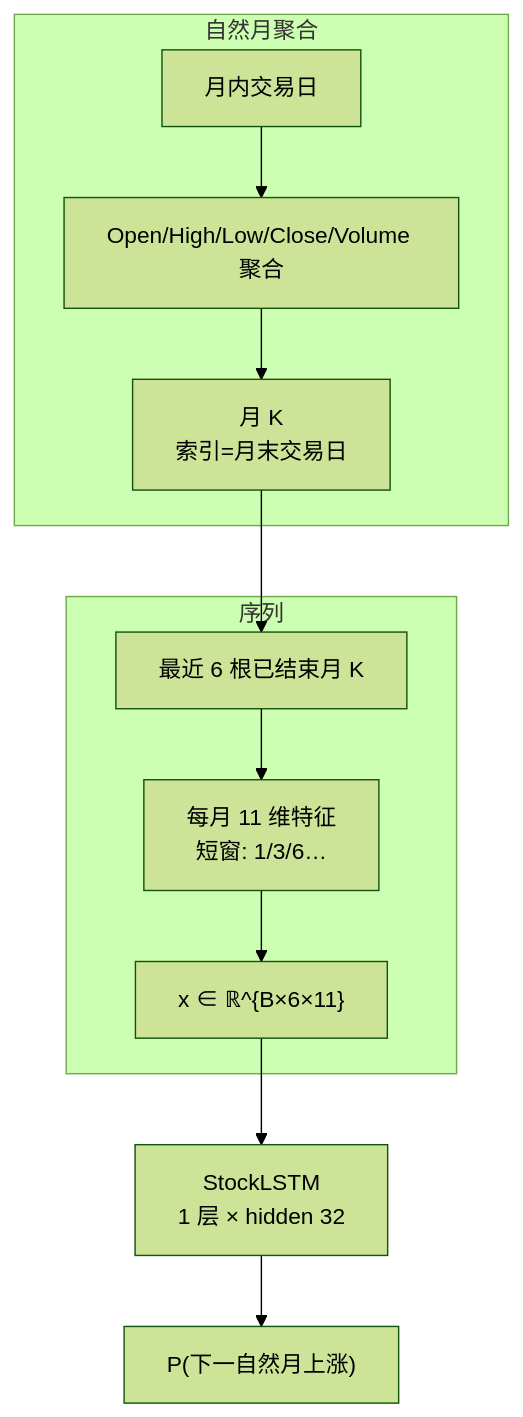
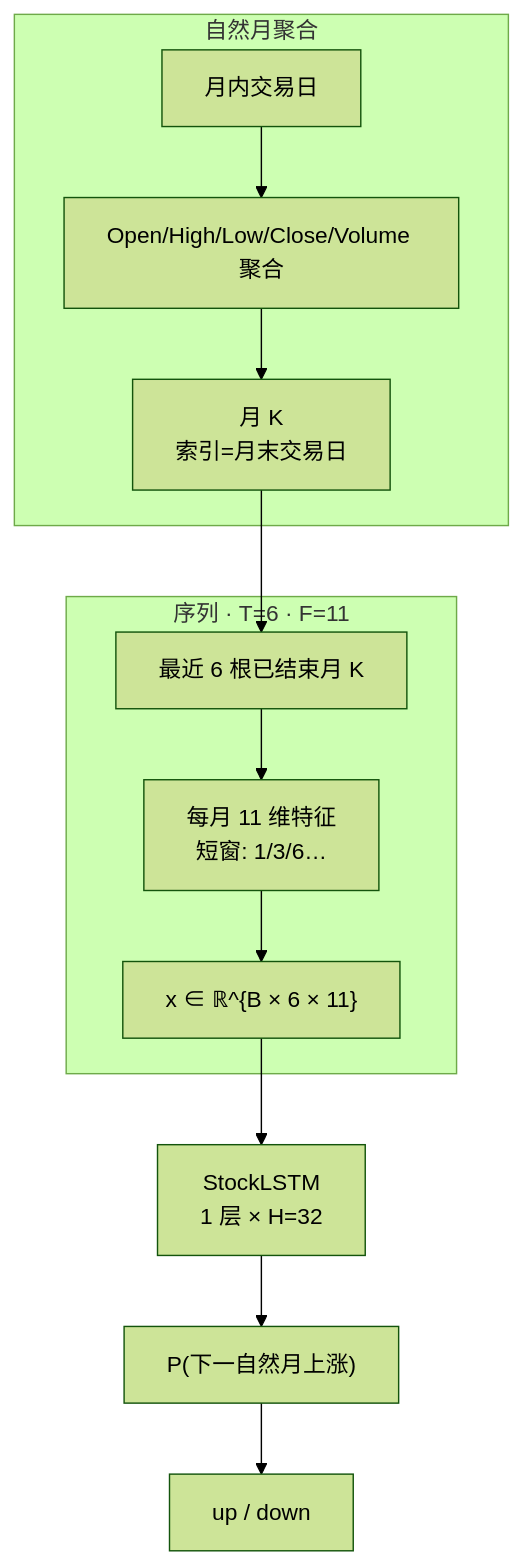
Before and after one commit to fanqingsong/stock_predictive: the eighth of 11 diagrams in docs/model-architecture.md, drawn with Mermaid (forest theme). The commit also changed other lines of this file, not shown here.

First line of the commit message:
Expand model architecture docs with dual-flow LSTM topology diagrams.

````diff
--- a/docs/model-architecture.md
+++ b/docs/model-architecture.md
@@ -198,16 +390,17 @@
 ```mermaid
 flowchart TB
   subgraph agg [自然月聚合]
     MD[月内交易日] --> MAGG["Open/High/Low/Close/Volume 聚合"]
-    MAGG --> MB["月 K\n索引=月末交易日"]
+    MAGG --> MB["月 K<br/>索引=月末交易日"]
   end
 
-  subgraph seq [序列]
+  subgraph seq [序列 · T=6 · F=11]
     MB --> WIN["最近 6 根已结束月 K"]
-    WIN --> XF["每月 11 维特征\n短窗: 1/3/6…"]
-    XF --> XM["x ∈ ℝ^{B×6×11}"]
+    WIN --> XF["每月 11 维特征<br/>短窗: 1/3/6…"]
+    XF --> XM["x ∈ ℝ^{B × 6 × 11}"]
   end
 
-  XM --> NM["StockLSTM\n1 层 × hidden 32"]
+  XM --> NM["StockLSTM<br/>1 层 × H=32"]
   NM --> PM["P(下一自然月上涨)"]
+  PM --> CM["up / down"]
 ```
````
